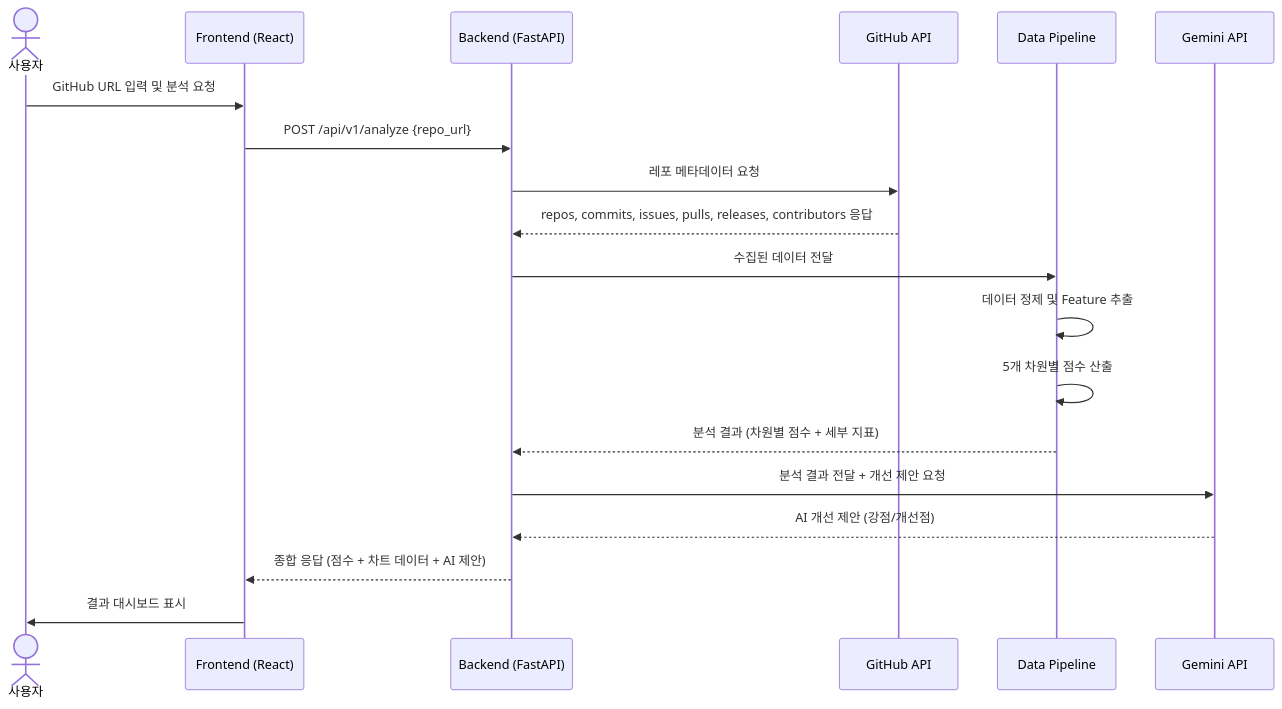
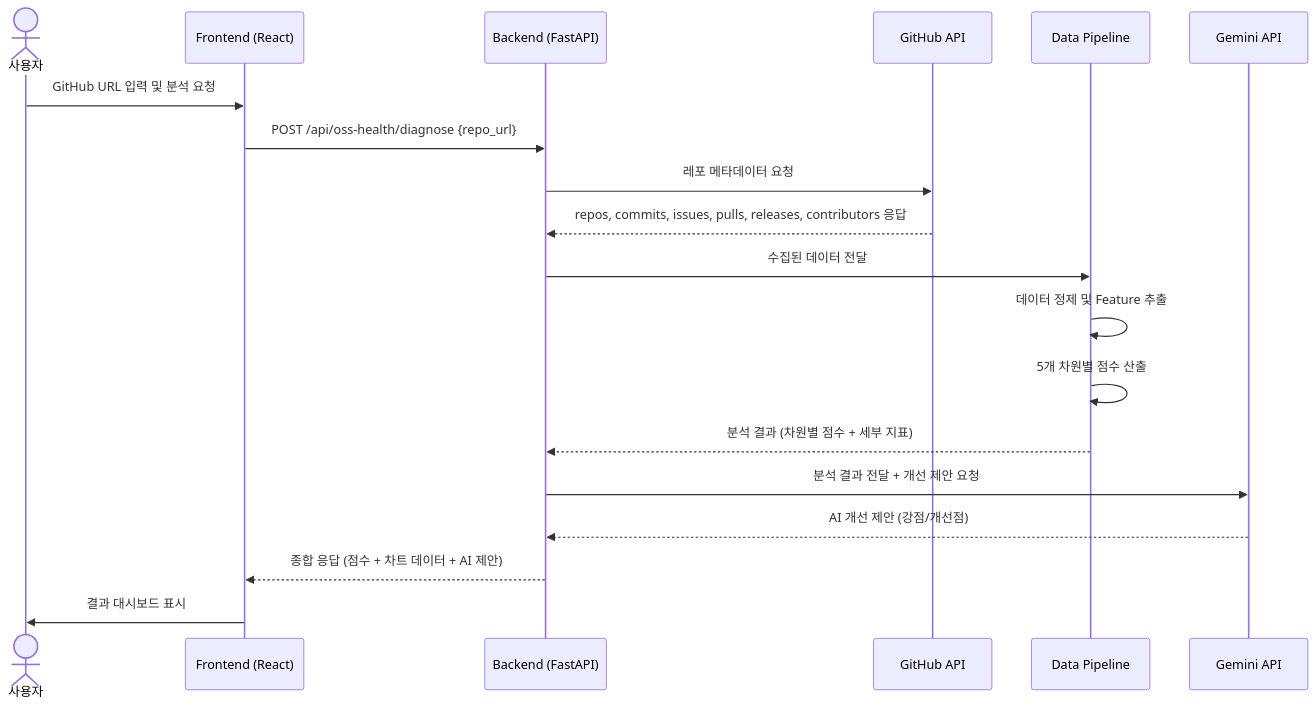
Before and after one commit to OpenSource-2026/oss-health-backend: the second of 4 diagrams in docs/proposal.md, drawn with Mermaid. The commit also changed other lines of this file, not shown here.

````diff
--- a/docs/proposal.md
+++ b/docs/proposal.md
@@ -148,22 +148,22 @@
 ```mermaid
 sequenceDiagram
     actor User as 사용자
     participant FE as Frontend (React)
     participant BE as Backend (FastAPI)
     participant GH as GitHub API
     participant DP as Data Pipeline
     participant AI as Gemini API
 
     User->>FE: GitHub URL 입력 및 분석 요청
-    FE->>BE: POST /api/v1/analyze {repo_url}
+    FE->>BE: POST /api/oss-health/diagnose {repo_url}
     BE->>GH: 레포 메타데이터 요청
     GH-->>BE: repos, commits, issues, pulls, releases, contributors 응답
     BE->>DP: 수집된 데이터 전달
     DP->>DP: 데이터 정제 및 Feature 추출
     DP->>DP: 5개 차원별 점수 산출
     DP-->>BE: 분석 결과 (차원별 점수 + 세부 지표)
     BE->>AI: 분석 결과 전달 + 개선 제안 요청
     AI-->>BE: AI 개선 제안 (강점/개선점)
     BE-->>FE: 종합 응답 (점수 + 차트 데이터 + AI 제안)
     FE->>User: 결과 대시보드 표시
 ```
````
